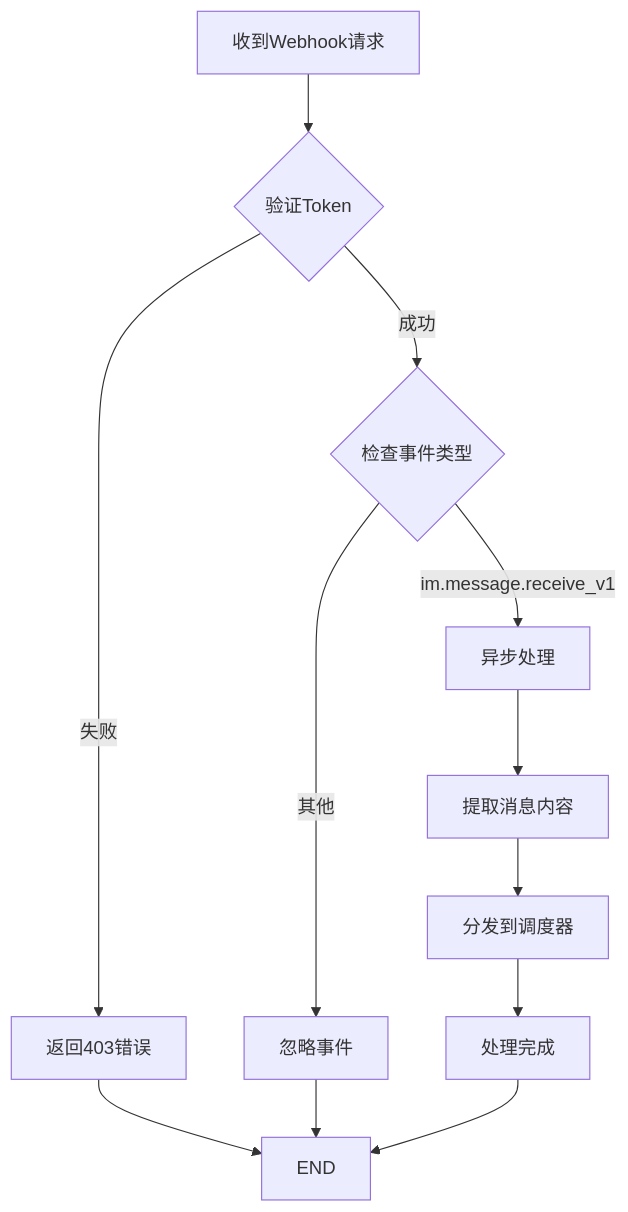
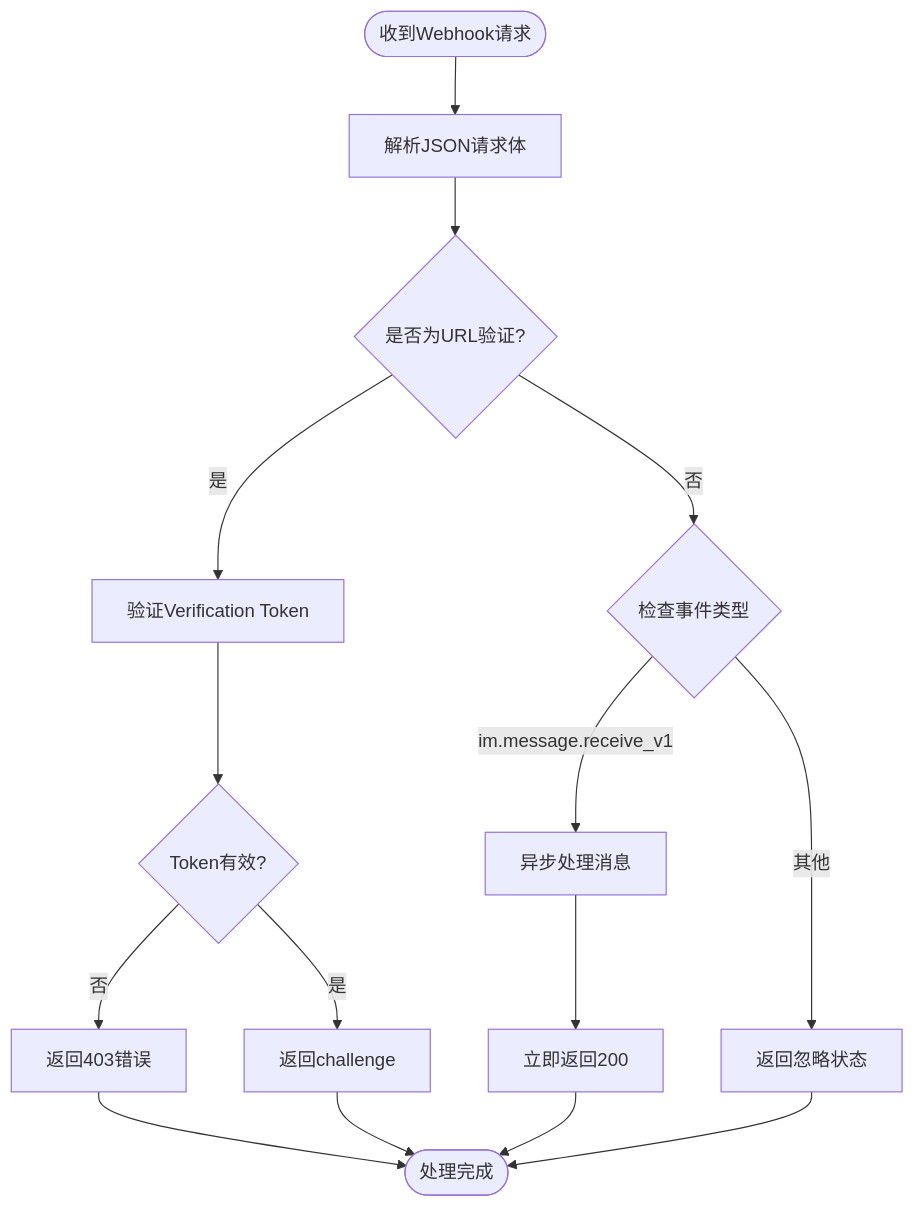
One commit to angledick/- changed the third of 6 diagrams in .qoder/repowiki/zh/content/集成与扩展/飞书集成系统.md. Above: the diagram before and after it, drawn with Mermaid. The commit also changed other lines of this file and 128 other files, not shown here.

````diff
--- a/.qoder/repowiki/zh/content/集成与扩展/飞书集成系统.md
+++ b/.qoder/repowiki/zh/content/集成与扩展/飞书集成系统.md
@@ -158,14 +140,17 @@
 ```mermaid
 flowchart TD
-START[收到Webhook请求] --> VERIFY{验证Token}
-VERIFY --> |失败| ERROR403[返回403错误]
-VERIFY --> |成功| CHECKTYPE{检查事件类型}
-CHECKTYPE --> |im.message.receive_v1| ASYNC[异步处理]
-CHECKTYPE --> |其他| IGNORE[忽略事件]
-ASYNC --> EXTRACT[提取消息内容]
-EXTRACT --> DISPATCH[分发到调度器]
-DISPATCH --> COMPLETE[处理完成]
-ERROR403 --> END
-IGNORE --> END
-COMPLETE --> END
+Start([收到Webhook请求]) --> ParseJSON[解析JSON请求体]
+ParseJSON --> CheckChallenge{是否为URL验证?}
+CheckChallenge --> |是| VerifyToken[验证Verification Token]
+VerifyToken --> TokenValid{Token有效?}
+TokenValid --> |否| Return403[返回403错误]
+TokenValid --> |是| ReturnChallenge[返回challenge]
+CheckChallenge --> |否| CheckEventType{检查事件类型}
+CheckEventType --> |im.message.receive_v1| AsyncHandle[异步处理消息]
+CheckEventType --> |其他| ReturnIgnored[返回忽略状态]
+AsyncHandle --> Return200[立即返回200]
+Return200 --> End([处理完成])
+ReturnChallenge --> End
+Return403 --> End
+ReturnIgnored --> End
 ```
````
